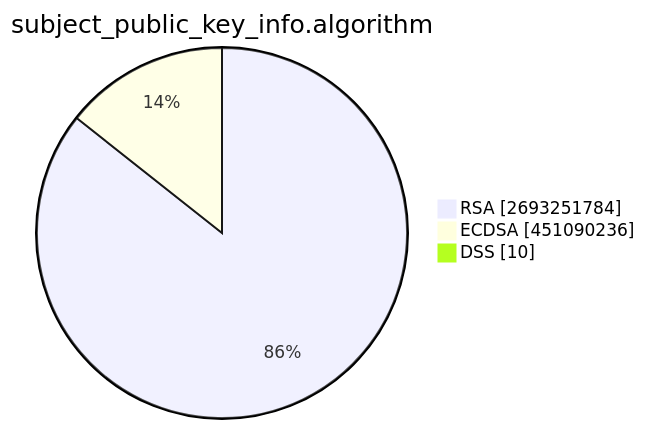
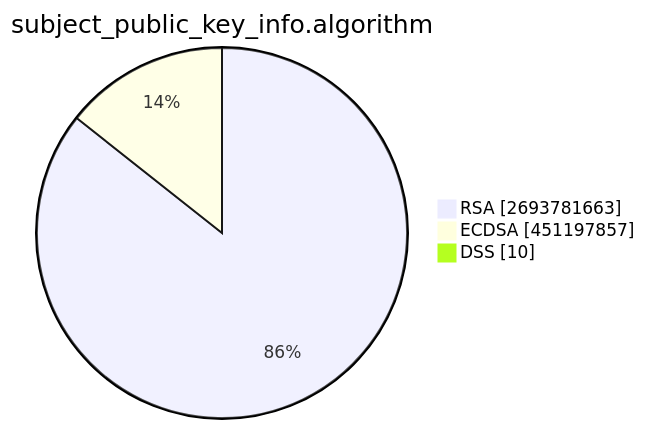
Before and after one commit to christiankrug/ctmonitor_visualization: the second of 15 diagrams in TOTAL/README.md, drawn with Mermaid. The commit also changed other lines of this file, not shown here.

````diff
--- a/TOTAL/README.md
+++ b/TOTAL/README.md
@@ -6,7 +6,7 @@
 ```mermaid
 pie showData
 title subject_public_key_info.algorithm
-"RSA" :2693251784
-"ECDSA" :451090236
+"RSA" :2693781663
+"ECDSA" :451197857
 "DSS" :10
 ```
````
